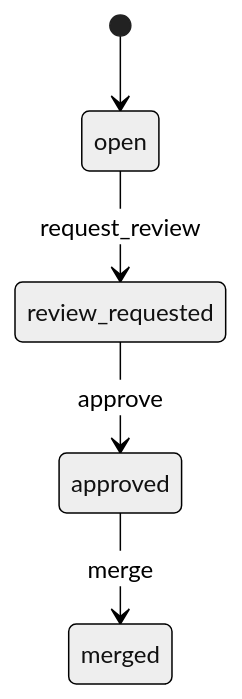
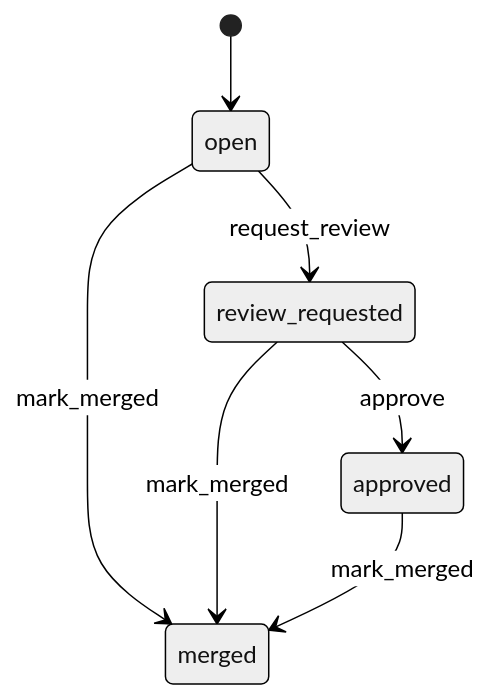
One commit to souliane/teatree changed the fifth of 6 diagrams in README.md. Above: the diagram before and after it, drawn with Mermaid (neutral theme). The commit also changed other lines of this file and 9 other files, not shown here.

````diff
--- a/README.md
+++ b/README.md
@@ -224,7 +306,9 @@
 ```mermaid
 stateDiagram-v2
-  [*] --> open
-  open --> review_requested: request_review
-  review_requested --> approved: approve
-  approved --> merged: merge
+    [*] --> open
+    open --> review_requested : request_review
+    open --> merged : mark_merged
+    review_requested --> approved : approve
+    review_requested --> merged : mark_merged
+    approved --> merged : mark_merged
 ```
````
